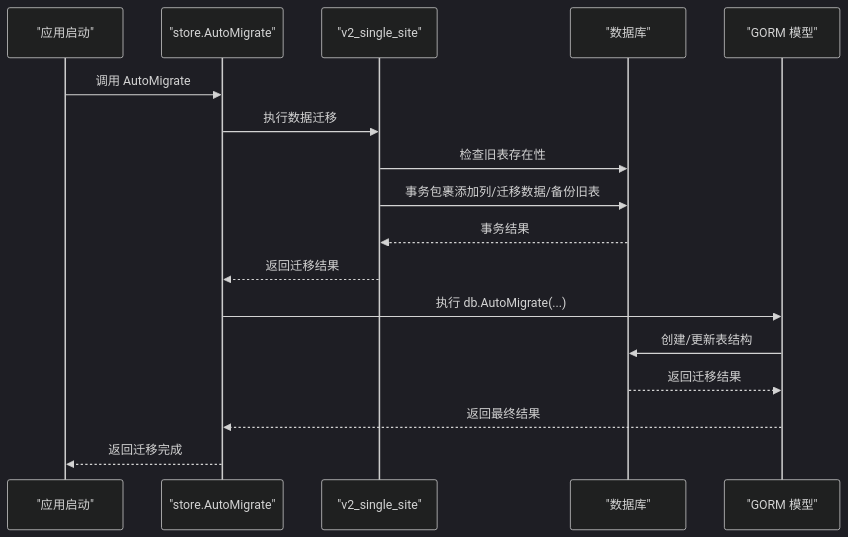
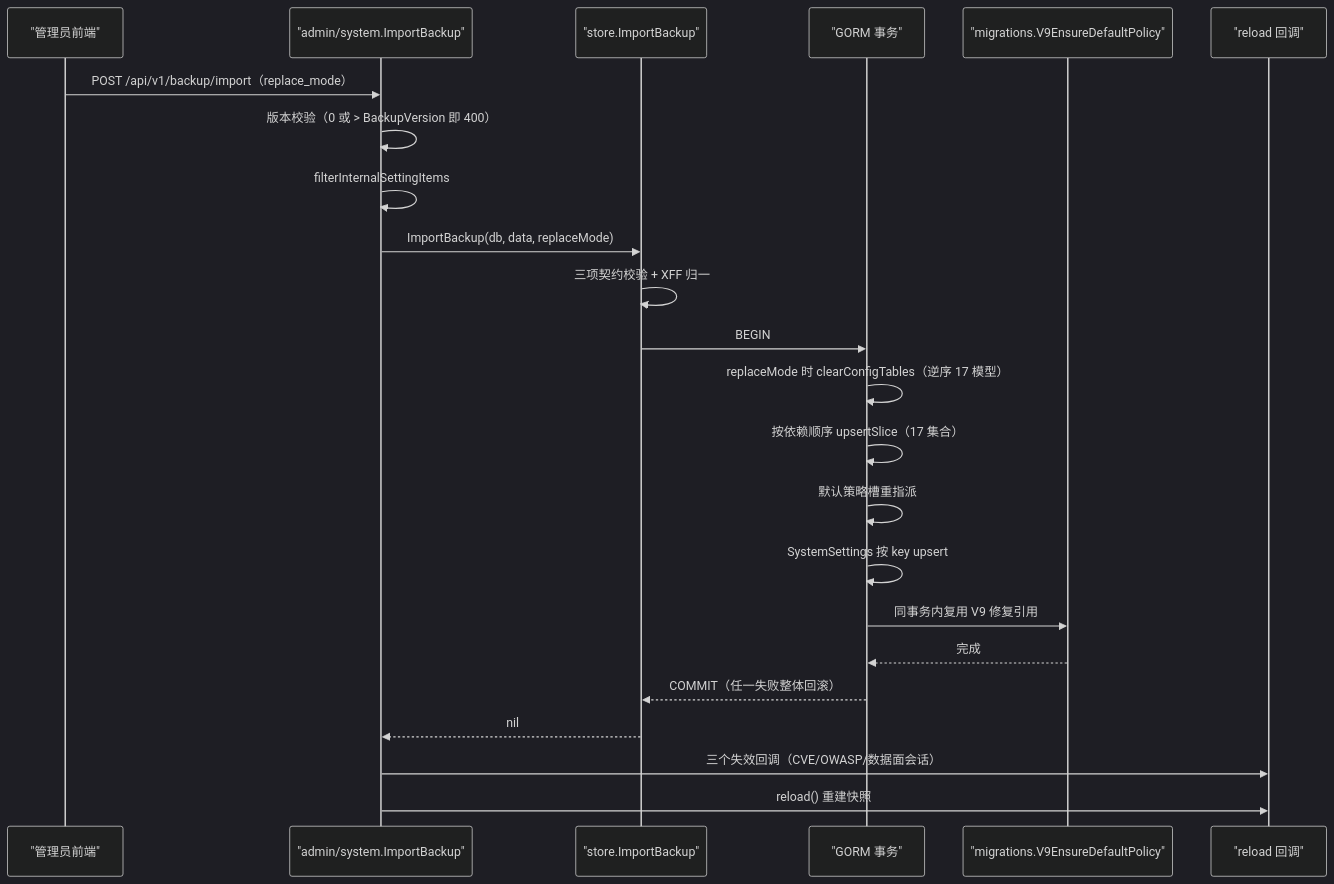
The third of 3 diagrams in docs/扩展与插件系统/存储后端扩展/存储迁移机制.md (x01n/My-OpenWaf), drawn with Mermaid (dark theme) before and after one commit. The commit also changed other lines of this file and 622 other files, not shown here.

````diff
--- a/docs/扩展与插件系统/存储后端扩展/存储迁移机制.md
+++ b/docs/扩展与插件系统/存储后端扩展/存储迁移机制.md
@@ -101,19 +365,25 @@
 ```mermaid
 sequenceDiagram
-participant App as "应用启动"
-participant Store as "store.AutoMigrate"
-participant Migrator as "v2_single_site"
-participant DB as "数据库"
-participant Models as "GORM 模型"
-App->>Store : 调用 AutoMigrate
-Store->>Migrator : 执行数据迁移
-Migrator->>DB : 检查旧表存在性
-Migrator->>DB : 事务包裹添加列/迁移数据/备份旧表
-DB-->>Migrator : 事务结果
-Migrator-->>Store : 返回迁移结果
-Store->>Models : 执行 db.AutoMigrate(...)
-Models->>DB : 创建/更新表结构
-DB-->>Models : 返回迁移结果
-Models-->>Store : 返回最终结果
-Store-->>App : 返回迁移完成
+    participant U as "管理员前端"
+    participant H as "admin/system.ImportBackup"
+    participant S as "store.ImportBackup"
+    participant TX as "GORM 事务"
+    participant M as "migrations.V9EnsureDefaultPolicy"
+    participant RL as "reload 回调"
+    U->>H : POST /api/v1/backup/import（replace_mode）
+    H->>H : 版本校验（0 或 > BackupVersion 即 400）
+    H->>H : filterInternalSettingItems
+    H->>S : ImportBackup(db, data, replaceMode)
+    S->>S : 三项契约校验 + XFF 归一
+    S->>TX : BEGIN
+    TX->>TX : replaceMode 时 clearConfigTables（逆序 17 模型）
+    TX->>TX : 按依赖顺序 upsertSlice（17 集合）
+    TX->>TX : 默认策略槽重指派
+    TX->>TX : SystemSettings 按 key upsert
+    TX->>M : 同事务内复用 V9 修复引用
+    M-->>TX : 完成
+    TX-->>S : COMMIT（任一失败整体回滚）
+    S-->>H : nil
+    H->>RL : 三个失效回调（CVE/OWASP/数据面会话）
+    H->>RL : reload() 重建快照
 ```
````
